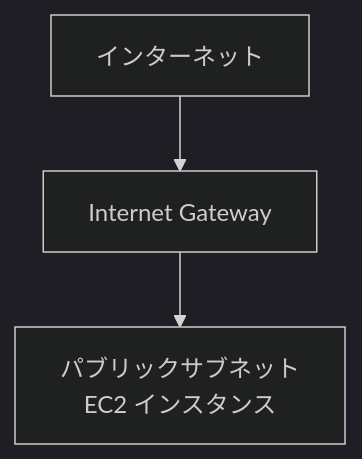
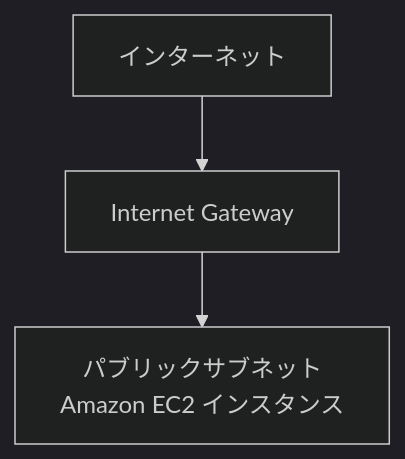
The second of 2 diagrams in workshops/ai-coding-workshop/cline/0.setup/cfn/README.md (littlemex/aws-samples), drawn with Mermaid (dark theme) before and after one commit. The commit also changed other lines of this file and 3 other files, not shown here.

````diff
--- a/workshops/ai-coding-workshop/cline/0.setup/cfn/README.md
+++ b/workshops/ai-coding-workshop/cline/0.setup/cfn/README.md
@@ -65,9 +66,9 @@
 ```mermaid
 graph TB
     Internet[インターネット]
     IGW[Internet Gateway]
-    PublicSubnet[パブリックサブネット<br>EC2 インスタンス]
+    PublicSubnet[パブリックサブネット<br>Amazon EC2 インスタンス]
 
     Internet --> IGW
     IGW --> PublicSubnet
 ```
````
